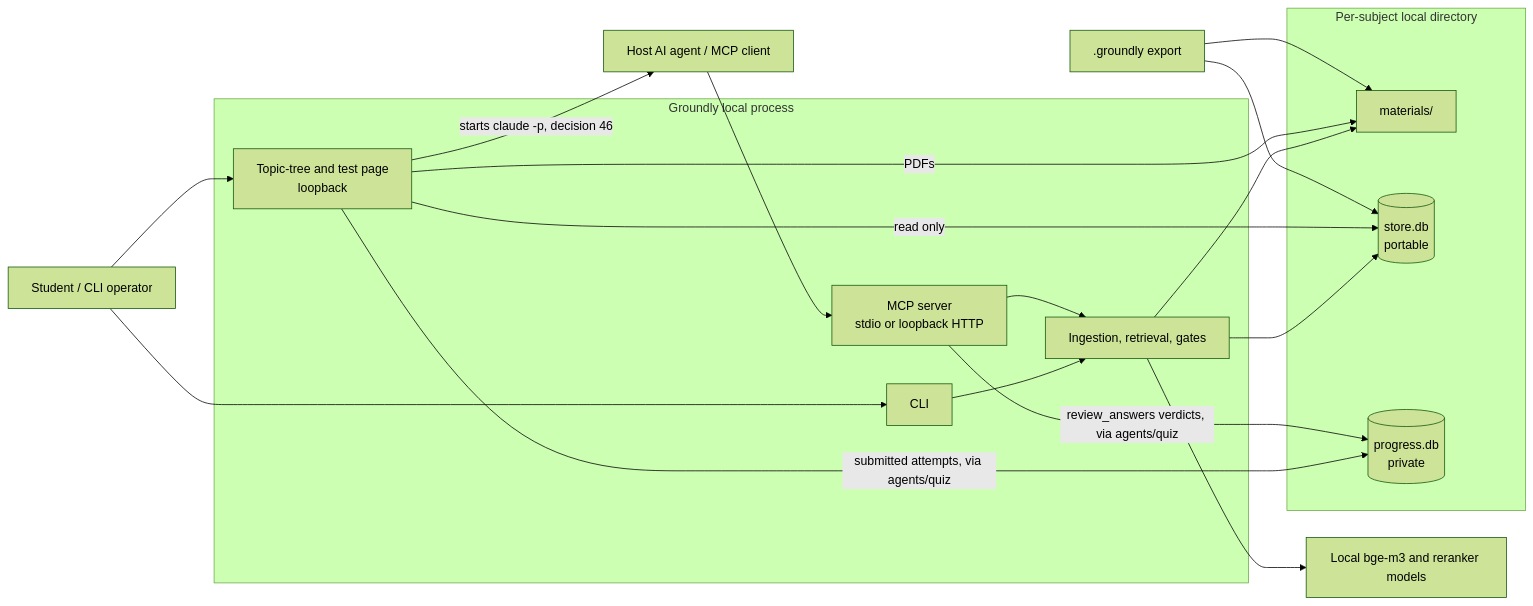
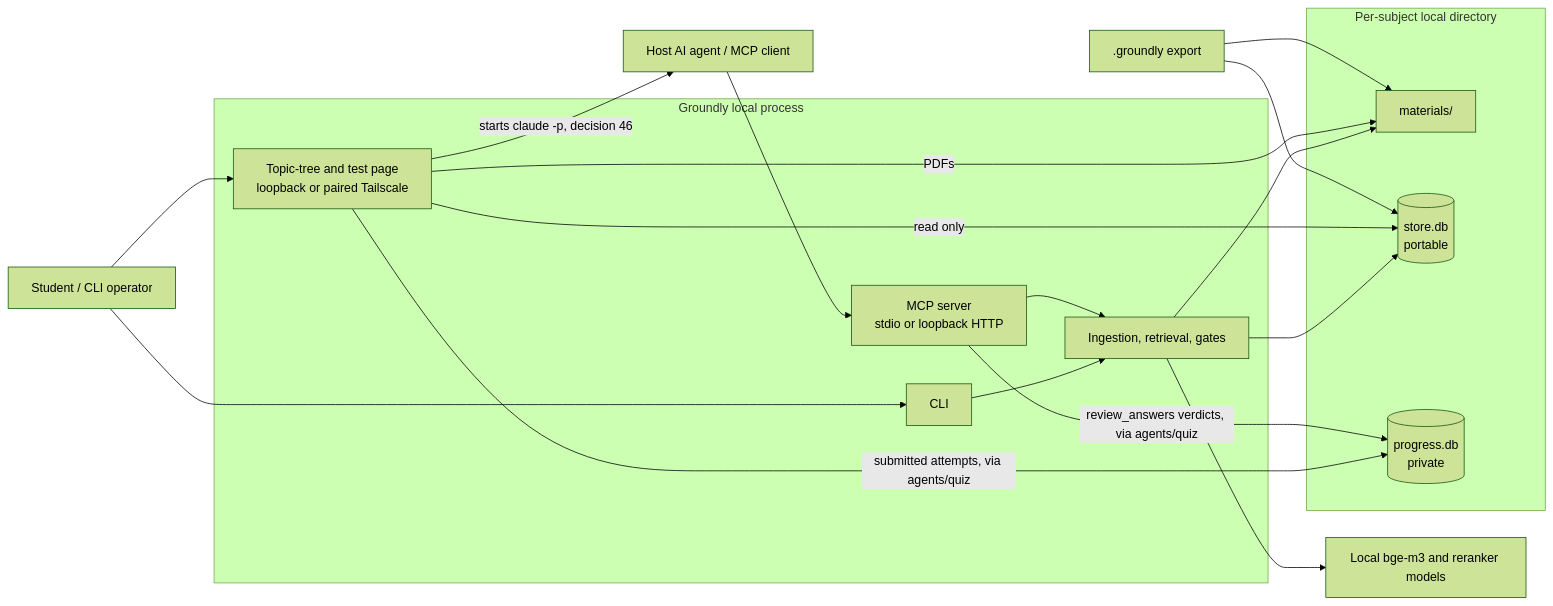
The diagram in docs/architecture/overview.md (paulhondola/groundly), drawn with Mermaid (forest theme) before and after one commit. The commit also changed other lines of this file and 19 other files, not shown here.

````diff
--- a/docs/architecture/overview.md
+++ b/docs/architecture/overview.md
@@ -33,35 +33,35 @@
 ```mermaid
 flowchart LR
     student[Student / CLI operator]
     host[Host AI agent / MCP client]
     models[Local bge-m3 and reranker models]
 
     subgraph Groundly[Groundly local process]
         cli[CLI]
         mcp[MCP server\nstdio or loopback HTTP]
-        web[Topic-tree and test page\nloopback]
+        web[Topic-tree and test page\nloopback or paired Tailscale]
         services[Ingestion, retrieval, gates]
         cli --> services
         mcp --> services
     end
 
     subgraph Subject[Per-subject local directory]
         materials[materials/]
         store[(store.db\nportable)]
         progress[(progress.db\nprivate)]
     end
 
     student --> cli
     student --> web
     host --> mcp
     services --> materials
     services --> store
     web -->|read only| store
     web -->|submitted attempts, via agents/quiz| progress
     mcp -->|review_answers verdicts, via agents/quiz| progress
     web -->|PDFs| materials
     web -->|starts claude -p, decision 46| host
     services --> models
     bundle[.groundly export] --> store
     bundle --> materials
 ```
````
